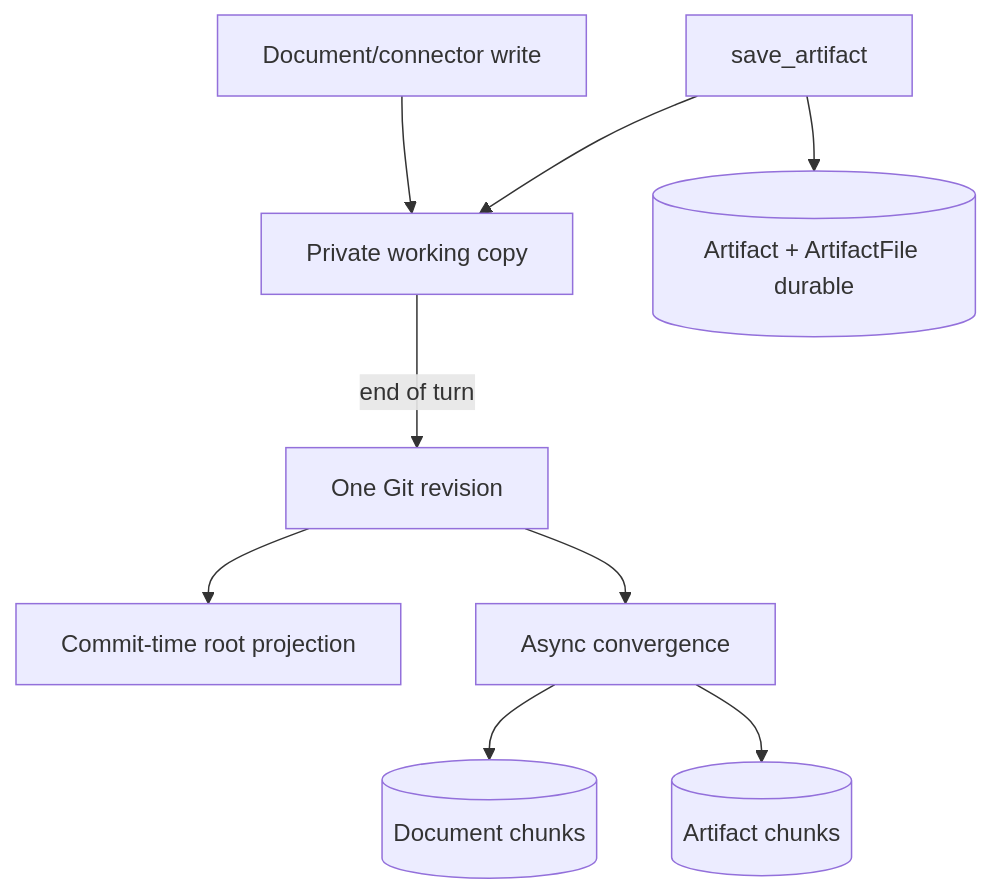
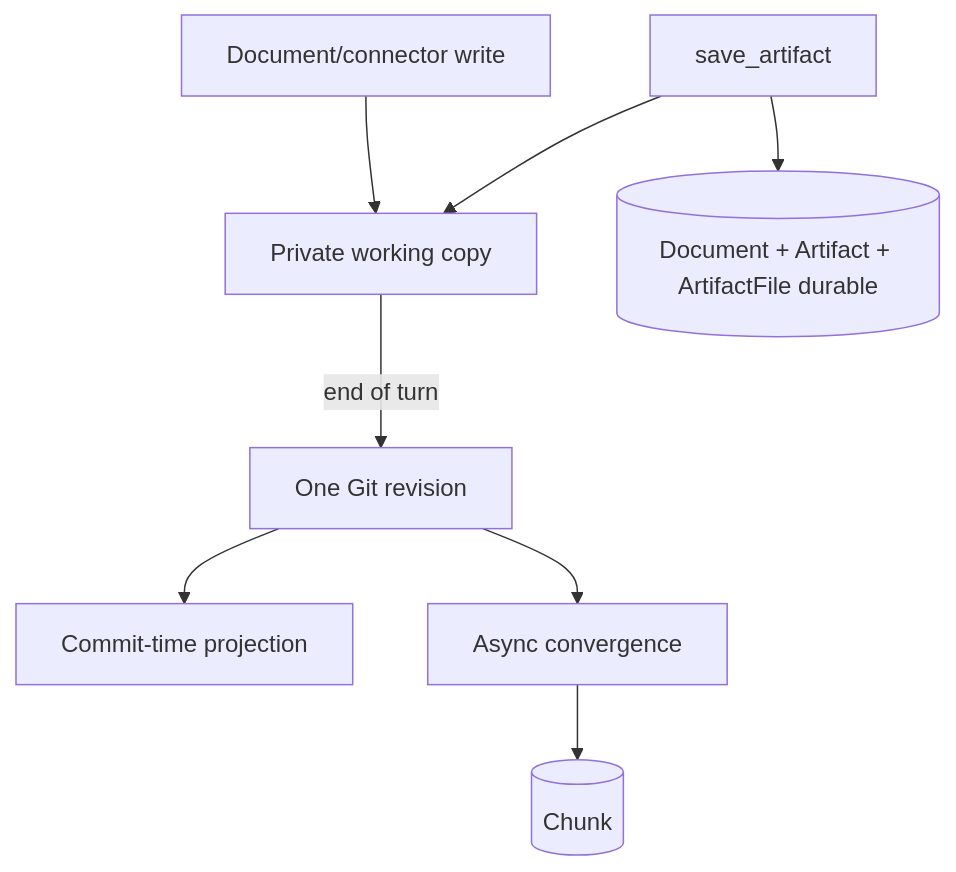
Before and after one commit to MODSetter/SurfSense: the second of 5 diagrams in plans/git-native-kb/00b-diagrams.md, drawn with Mermaid. The commit also changed other lines of this file and 12 other files, not shown here.

````diff
--- a/plans/git-native-kb/00b-diagrams.md
+++ b/plans/git-native-kb/00b-diagrams.md
@@ -22,11 +21,10 @@
 ```mermaid
 flowchart TD
   NOTE["Document/connector write"] --> WC["Private working copy"]
-  SAVE["save_artifact"] --> ADB[("Artifact + ArtifactFile durable")]
+  SAVE["save_artifact"] --> ADB[("Document + Artifact + ArtifactFile durable")]
   SAVE --> WC
   WC -->|"end of turn"| COMMIT["One Git revision"]
-  COMMIT --> PROJECT["Commit-time root projection"]
+  COMMIT --> PROJECT["Commit-time projection"]
   COMMIT --> CONVERGE["Async convergence"]
-  CONVERGE --> DSEARCH[("Document chunks")]
-  CONVERGE --> ASEARCH[("Artifact chunks")]
+  CONVERGE --> CHUNKS[("Chunk")]
 ```
````
